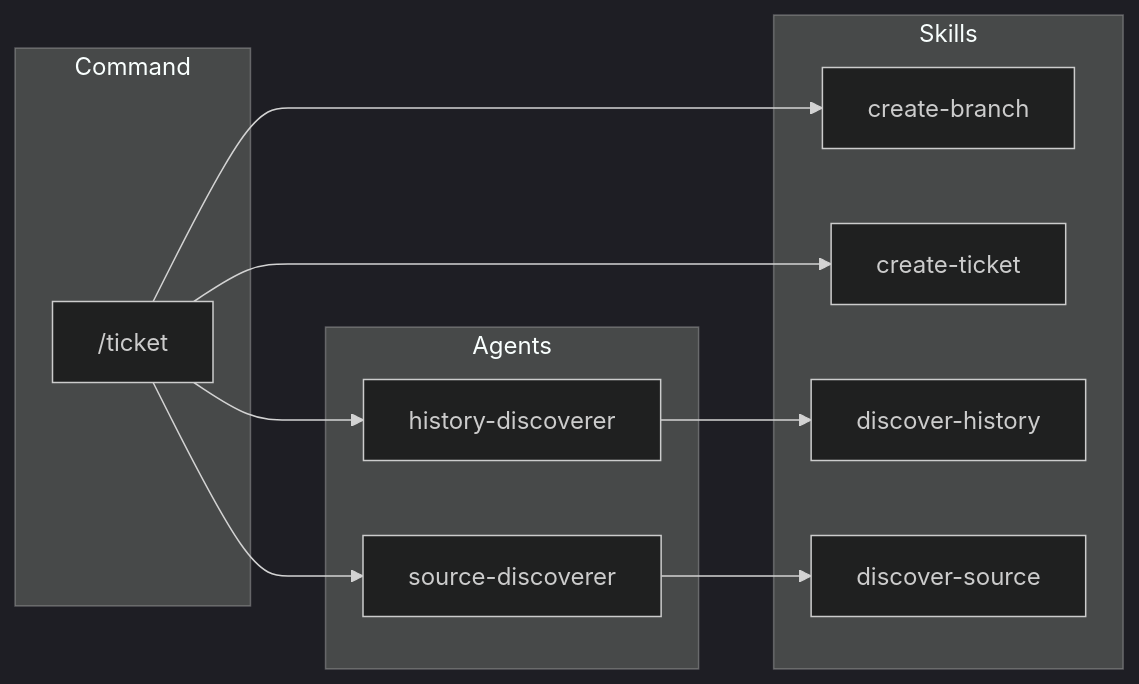
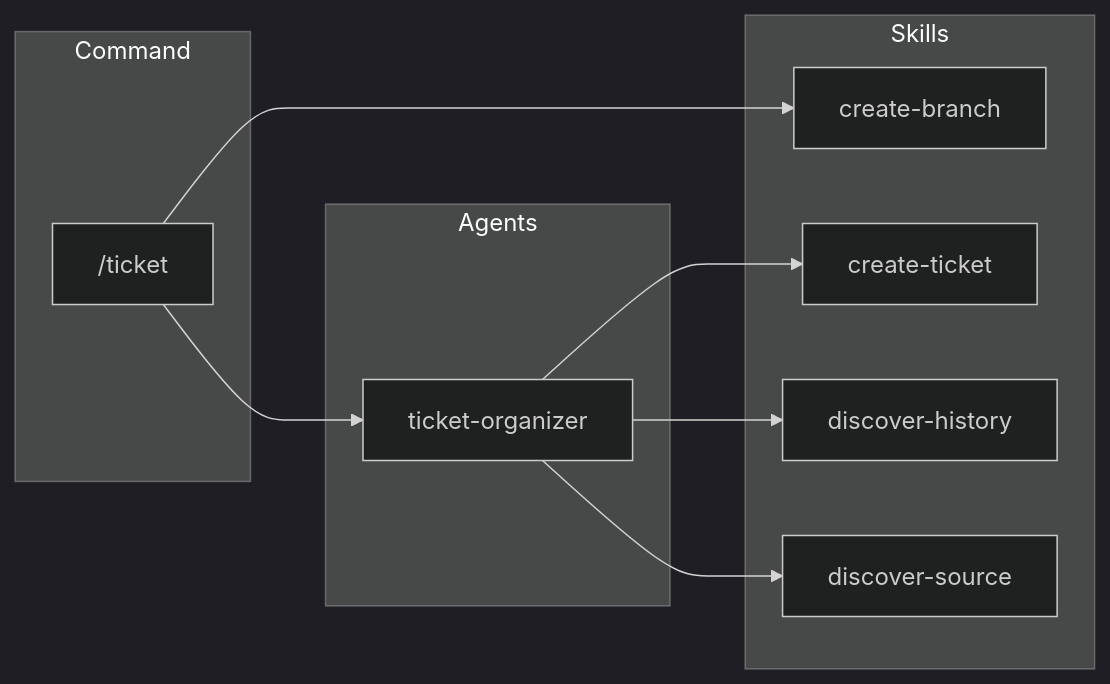
One commit to qmu/workaholic changed the second of 6 diagrams in .workaholic/specs/architecture.md. Above: the diagram before and after it, drawn with Mermaid (dark theme). The commit also changed other lines of this file and 4 other files, not shown here.

First line of the commit message:
Refactor /ticket command to thin alias for ticket-organizer

````diff
--- a/.workaholic/specs/architecture.md
+++ b/.workaholic/specs/architecture.md
@@ -155,25 +157,22 @@
 ```mermaid
 flowchart LR
     subgraph Command
         ticket["/ticket"]
     end
 
     subgraph Agents
-        hd[history-discoverer]
-        sd[source-discoverer]
+        to[ticket-organizer]
     end
 
     subgraph Skills
         cb[create-branch]
         ct[create-ticket]
         dh[discover-history]
         ds[discover-source]
     end
 
     ticket --> cb
-    ticket --> hd & sd
-    ticket --> ct
+    ticket --> to
 
-    hd --> dh
-    sd --> ds
+    to --> ct & dh & ds
 ```
````
